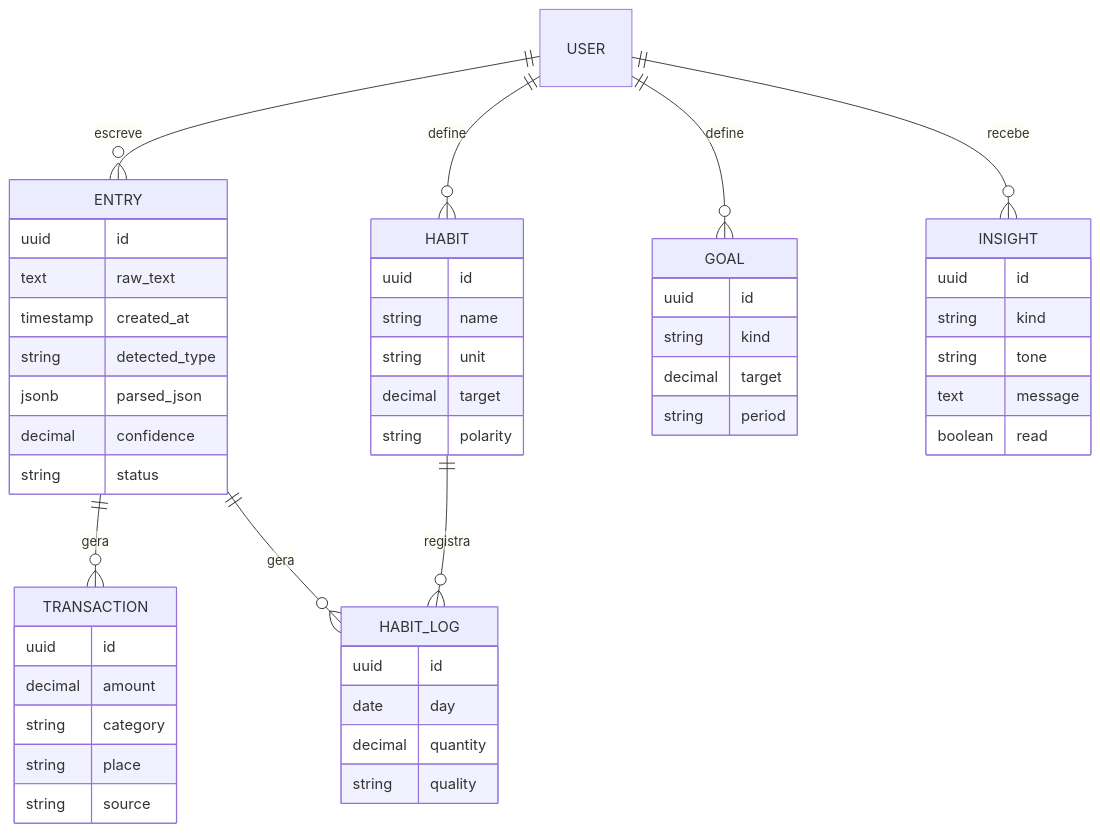
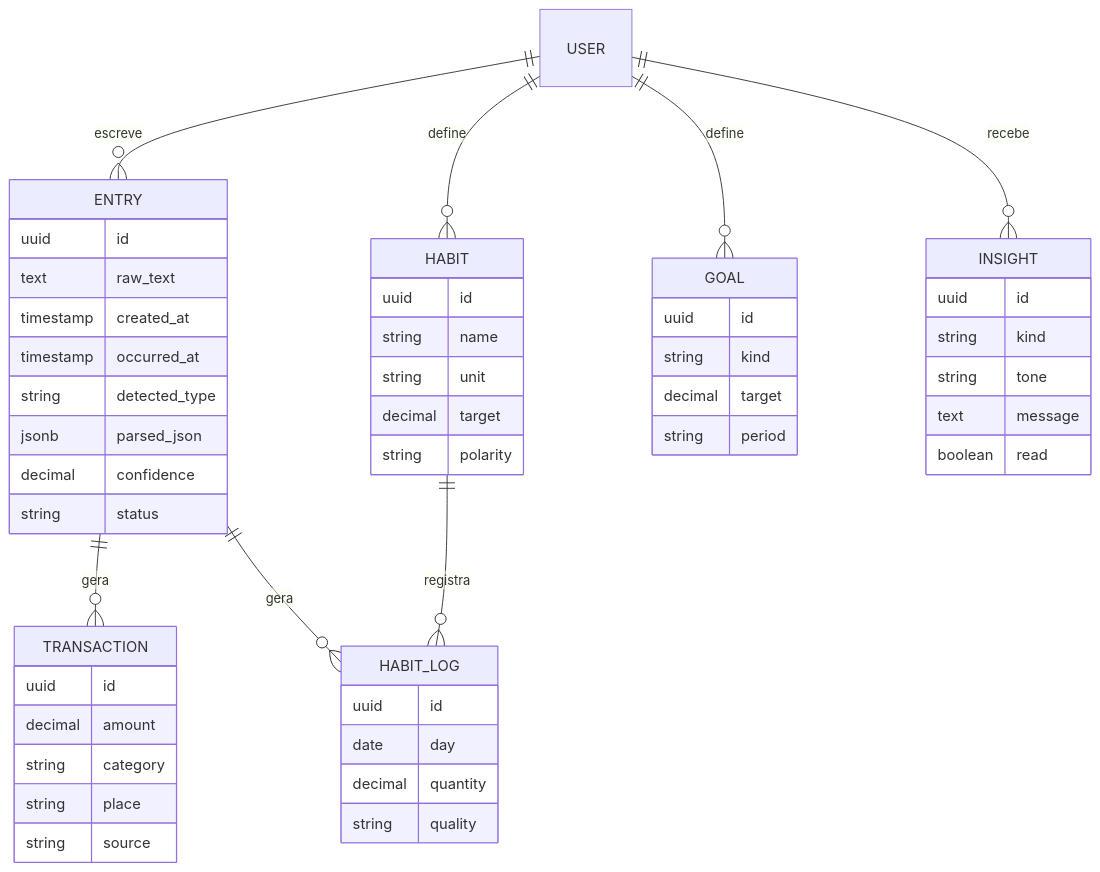
Before and after one commit to GabrieliModollo/mydly: the second of 2 diagrams in docs/arquitetura.md, drawn with Mermaid. The commit also changed other lines of this file and 3 other files, not shown here.

````diff
--- a/docs/arquitetura.md
+++ b/docs/arquitetura.md
@@ -52,53 +59,54 @@
 ```mermaid
 erDiagram
     USER ||--o{ ENTRY : escreve
     ENTRY ||--o{ TRANSACTION : gera
     ENTRY ||--o{ HABIT_LOG : gera
     USER ||--o{ HABIT : define
     HABIT ||--o{ HABIT_LOG : registra
     USER ||--o{ GOAL : define
     USER ||--o{ INSIGHT : recebe
 
     ENTRY {
         uuid id
         text raw_text
         timestamp created_at
+        timestamp occurred_at
         string detected_type
         jsonb parsed_json
         decimal confidence
         string status
     }
     TRANSACTION {
         uuid id
         decimal amount
         string category
         string place
         string source
     }
     HABIT {
         uuid id
         string name
         string unit
         decimal target
         string polarity
     }
     HABIT_LOG {
         uuid id
         date day
         decimal quantity
         string quality
     }
     GOAL {
         uuid id
         string kind
         decimal target
         string period
     }
     INSIGHT {
         uuid id
         string kind
         string tone
         text message
         boolean read
     }
 ```
````
